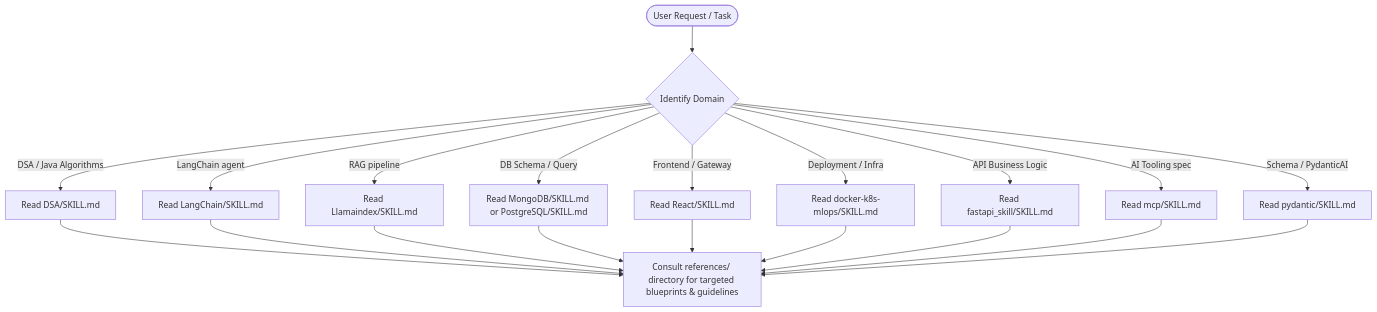
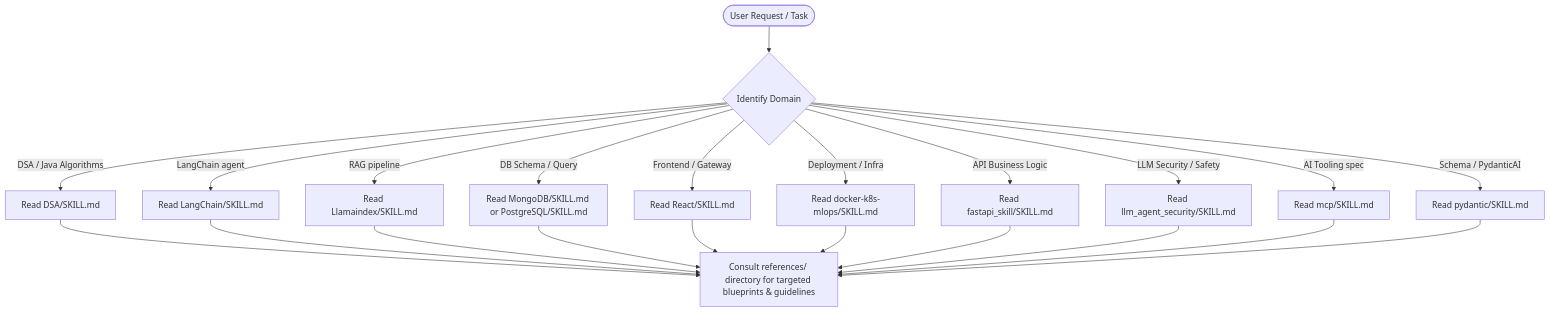
One commit to Midhil-6473/SKILLS changed the diagram in README.md. Above: the diagram before and after it, drawn with Mermaid. The commit also changed other lines of this file and 14 other files, not shown here.

Commit message:
llm agent security skill

````diff
--- a/README.md
+++ b/README.md
@@ -213,23 +238,25 @@
 ```mermaid
 graph TD
     User([User Request / Task]) --> Route{Identify Domain}
     Route -->|DSA / Java Algorithms| DSA[Read DSA/SKILL.md]
     Route -->|LangChain agent| LC[Read LangChain/SKILL.md]
     Route -->|RAG pipeline| LI[Read Llamaindex/SKILL.md]
     Route -->|DB Schema / Query| DB[Read MongoDB/SKILL.md or PostgreSQL/SKILL.md]
     Route -->|Frontend / Gateway| FE[Read React/SKILL.md]
     Route -->|Deployment / Infra| OPS[Read docker-k8s-mlops/SKILL.md]
     Route -->|API Business Logic| API[Read fastapi_skill/SKILL.md]
+    Route -->|LLM Security / Safety| SEC[Read llm_agent_security/SKILL.md]
     Route -->|AI Tooling spec| MCP[Read mcp/SKILL.md]
     Route -->|Schema / PydanticAI| PY[Read pydantic/SKILL.md]
 
     DSA --> Consult[Consult references/ directory for targeted blueprints & guidelines]
     LC --> Consult
     LI --> Consult
     DB --> Consult
     FE --> Consult
     OPS --> Consult
     API --> Consult
+    SEC --> Consult
     MCP --> Consult
     PY --> Consult
 ```
````
